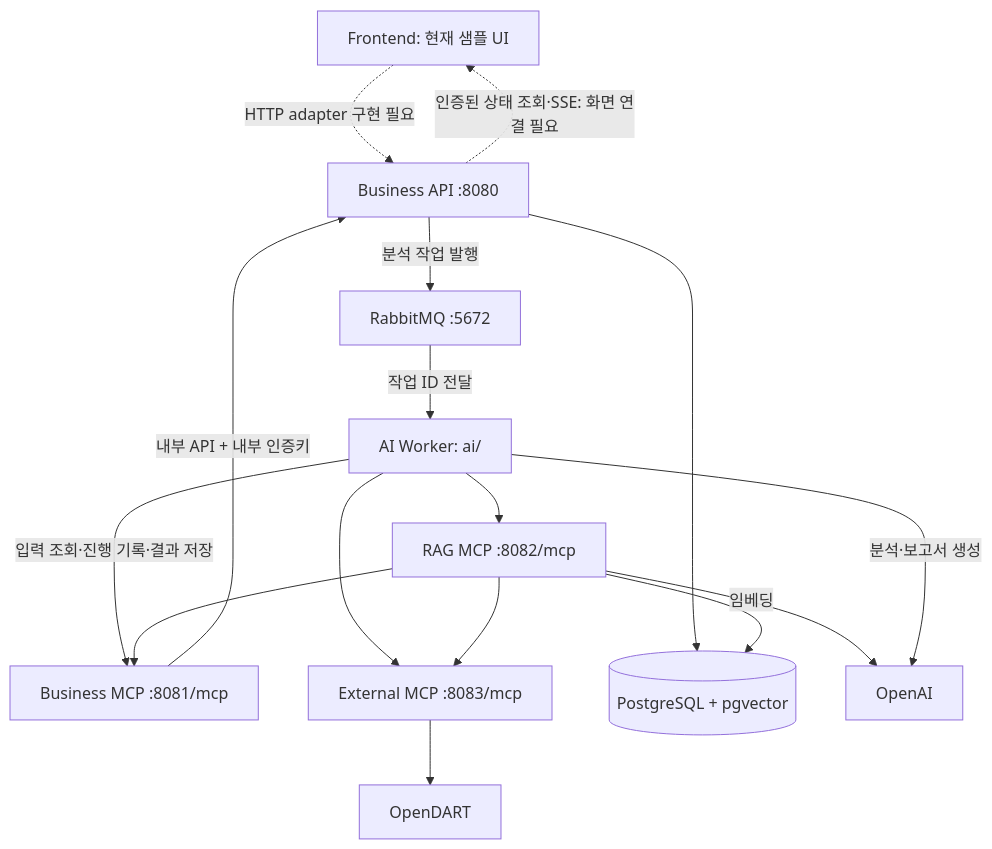
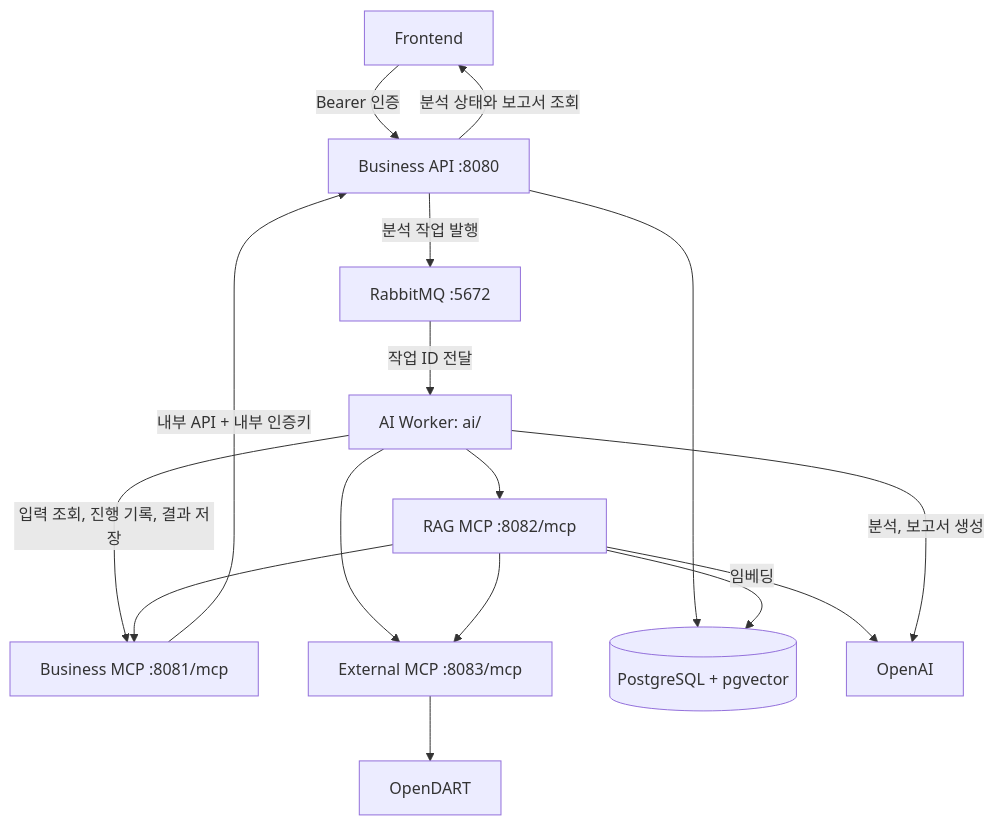
The diagram in README.md (bashdas/SKALA_Disclosure_Revision_Analysis), drawn with Mermaid before and after one commit. The commit also changed other lines of this file and 97 other files, not shown here.

````diff
--- a/README.md
+++ b/README.md
@@ -68,28 +68,28 @@
 ```mermaid
 flowchart TD
-    UI[Frontend: 현재 샘플 UI]
+    UI[Frontend]
     API[Business API :8080]
     Q[RabbitMQ :5672]
     AI[AI Worker: ai/]
     B[Business MCP :8081/mcp]
     E[External MCP :8083/mcp]
     R[RAG MCP :8082/mcp]
     DB[(PostgreSQL + pgvector)]
     D[OpenDART]
     O[OpenAI]
-    UI -. HTTP adapter 구현 필요 .-> API
+    UI -->|Bearer 인증| API
     API -->|분석 작업 발행| Q
     Q -->|작업 ID 전달| AI
-    AI -->|입력 조회·진행 기록·결과 저장| B
+    AI -->|입력 조회, 진행 기록, 결과 저장| B
     B -->|내부 API + 내부 인증키| API
     API --> DB
     AI --> E
     E --> D
     AI --> R
     R --> B
     R --> E
     R --> DB
     R -->|임베딩| O
-    AI -->|분석·보고서 생성| O
-    API -. 인증된 상태 조회·SSE: 화면 연결 필요 .-> UI
+    AI -->|분석, 보고서 생성| O
+    API -->|분석 상태와 보고서 조회| UI
 ```
````
